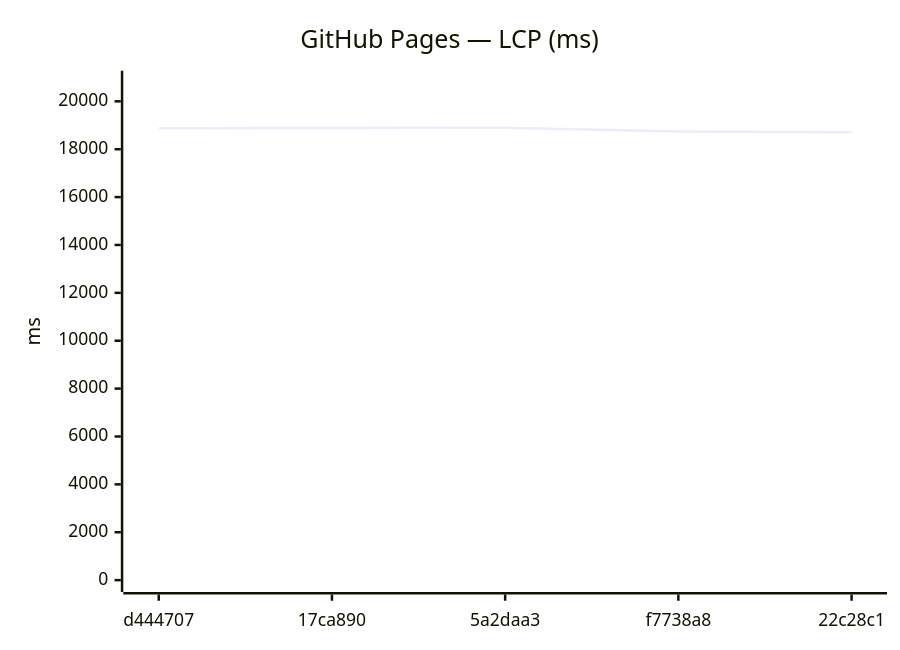
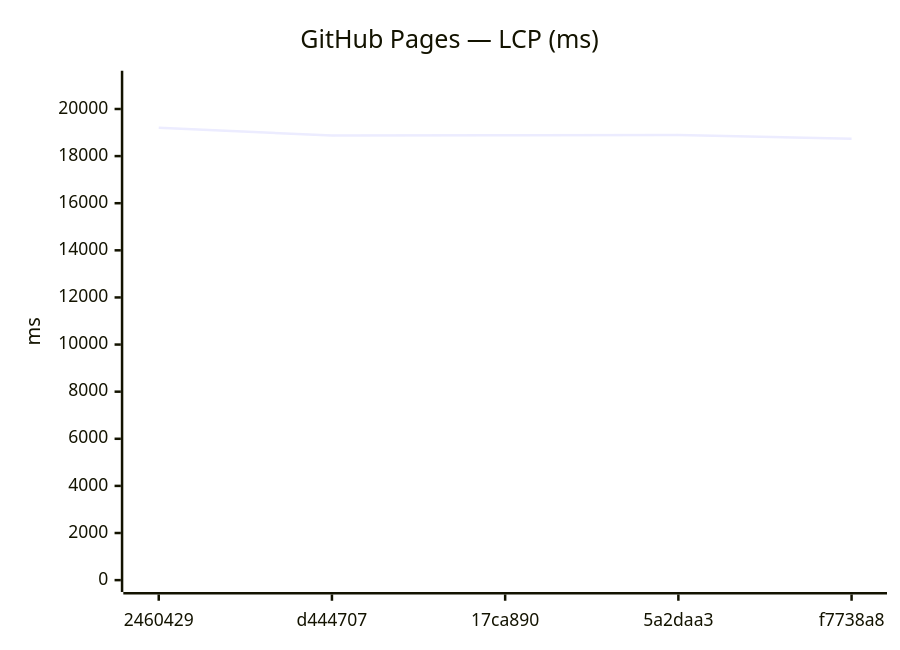
The ninth of 18 diagrams in benchmarks/compare.md (Metaheurist/Rianell), drawn with Mermaid before and after one commit. The commit also changed other lines of this file and 11 other files, not shown here.

````diff
--- a/benchmarks/compare.md
+++ b/benchmarks/compare.md
@@ -142,7 +142,7 @@
 ```mermaid
 xychart-beta
     title "GitHub Pages — LCP (ms)"
-    x-axis ["d444707", "17ca890", "5a2daa3", "f7738a8", "22c28c1"]
-    y-axis "ms" 0 --> 20782
-    line [18871, 18888, 18892, 18741, 18704]
+    x-axis ["2460429", "d444707", "17ca890", "5a2daa3", "f7738a8"]
+    y-axis "ms" 0 --> 21119
+    line [19199, 18871, 18888, 18892, 18741]
 ```
````
